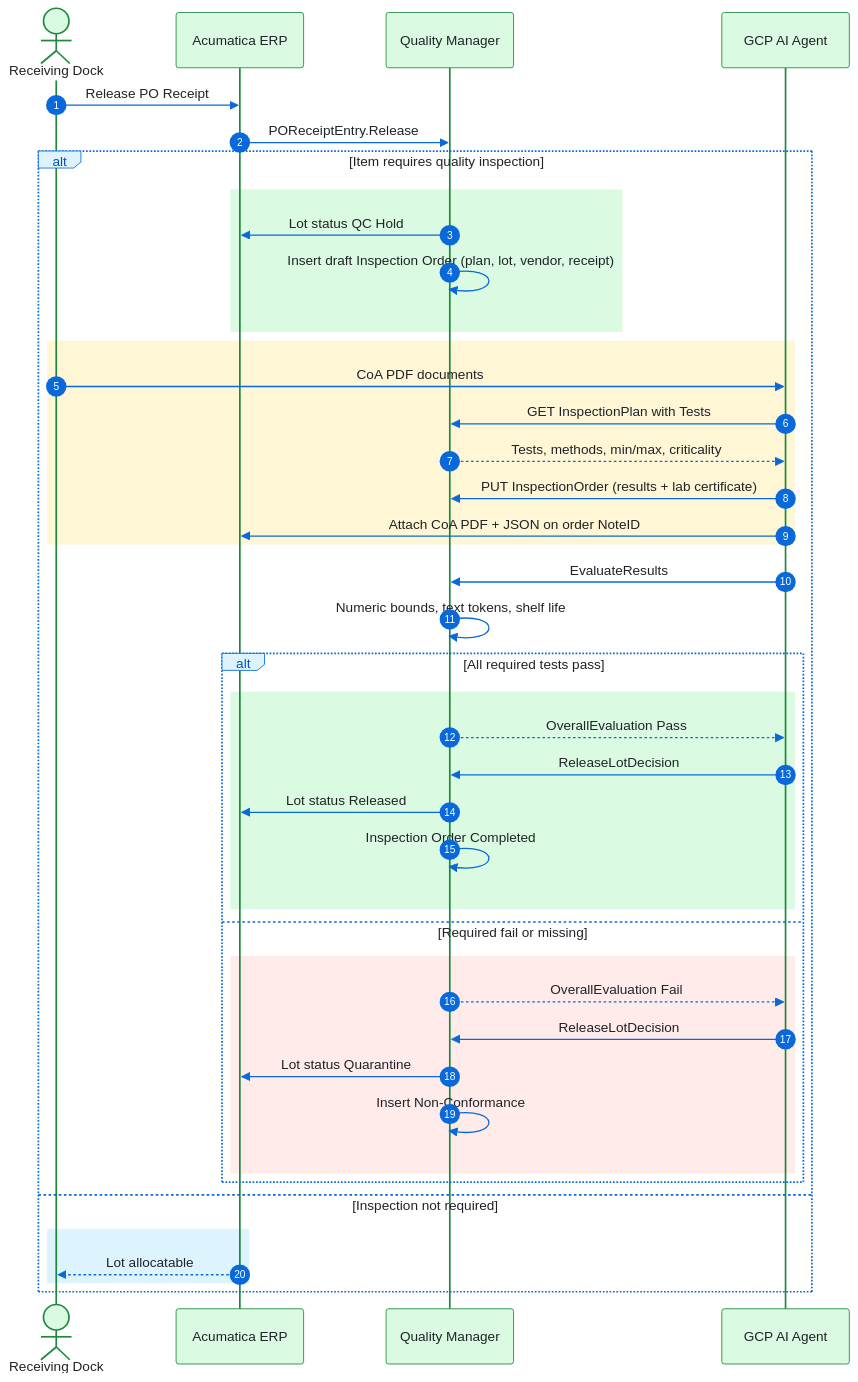
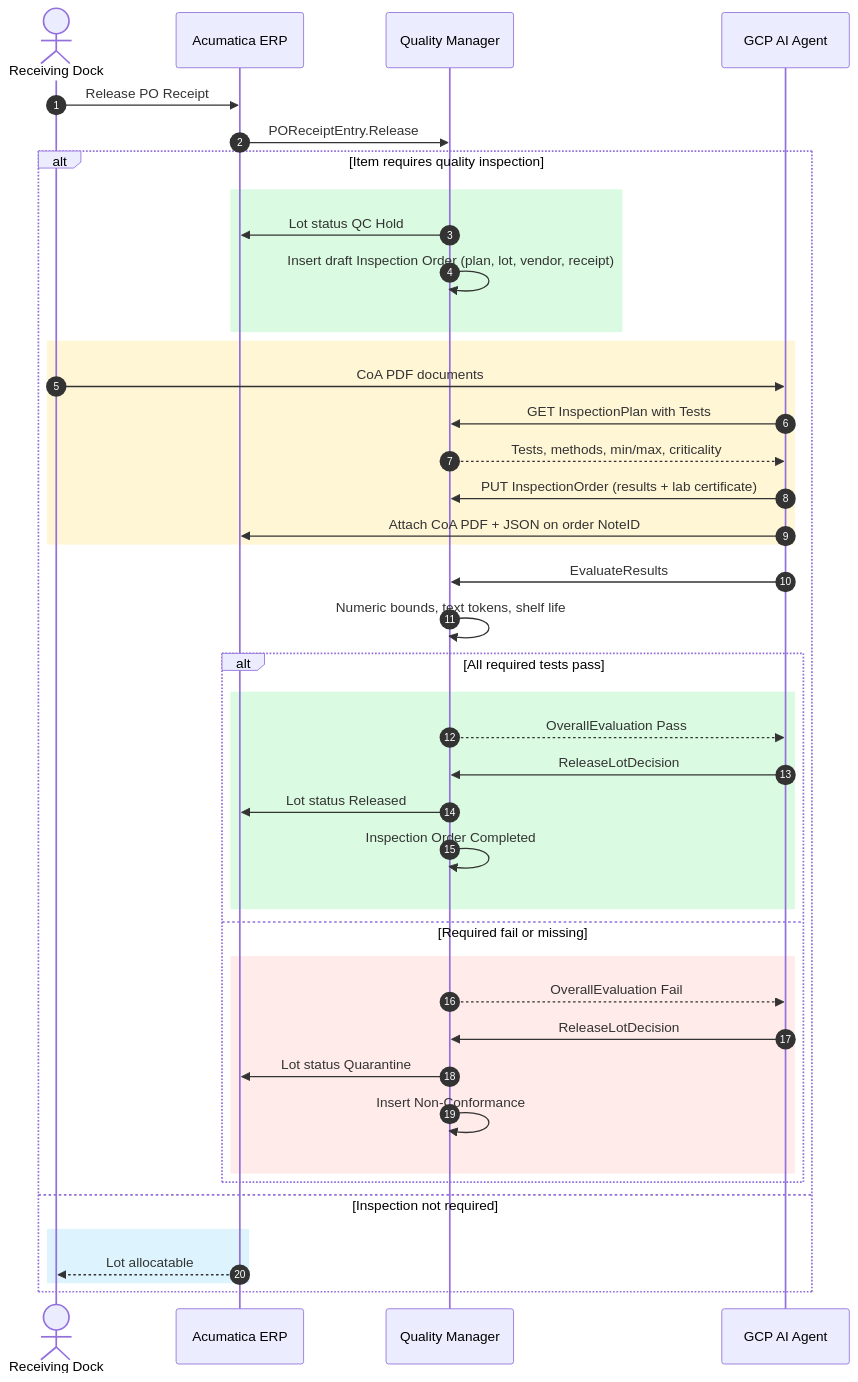
One commit to kborovik/acu-custom-qms changed the diagram in README.md. Above: the diagram before and after it, drawn with Mermaid. The commit also changed 1 other file, not shown here.

Commit message:
docs: style participant boxes in README workflow diagram

````diff
--- a/README.md
+++ b/README.md
@@ -63,51 +63,51 @@
 ```mermaid
-%%{init: {'theme': 'base', 'themeVariables': {'primaryColor': '#dafbe1', 'primaryTextColor': '#1f2328', 'primaryBorderColor': '#1f883d', 'secondaryColor': '#ddf4ff', 'tertiaryColor': '#fff6d6', 'lineColor': '#0969da', 'actorBkg': '#dafbe1', 'actorBorder': '#1f883d', 'actorTextColor': '#1f2328', 'signalColor': '#0969da', 'signalTextColor': '#1f2328', 'labelBoxBkgColor': '#ddf4ff', 'labelBoxBorderColor': '#0969da', 'labelTextColor': '#0550ae', 'loopTextColor': '#1f2328', 'noteBkgColor': '#f6f8fa', 'noteTextColor': '#1f2328', 'noteBorderColor': '#d1d9e0', 'activationBkgColor': '#ddf4ff', 'activationBorderColor': '#0969da', 'sequenceNumberColor': '#ffffff'}}}%%
+%%{init: {'theme': 'base', 'themeVariables': {'primaryColor': '#dafbe1', 'primaryTextColor': '#1f2328', 'primaryBorderColor': '#1f883d', 'secondaryColor': '#ddf4ff', 'tertiaryColor': '#fff6d6', 'lineColor': '#0969da', 'actorBkg': '#dafbe1', 'actorBorder': '#1f883d', 'actorTextColor': '#1f2328', 'signalColor': '#0969da', 'signalTextColor': '#1f2328', 'labelBoxBkgColor': '#ddf4ff', 'labelBoxBorderColor': '#0969da', 'labelTextColor': '#0550ae', 'loopTextColor': '#1f2328', 'noteBkgColor': '#f6f8fa', 'noteTextColor': '#1f2328', 'noteBorderColor': '#d1d9e0', 'activationBkgColor': '#ddf4ff', 'activationBorderColor': '#0969da', 'sequenceNumberColor': '#ffffff'}, 'themeCSS': 'g[data-id="ERP"] rect{fill:#ddf4ff!important;stroke:#0969da!important}g[data-id="QMS"] rect{fill:#dafbe1!important;stroke:#1f883d!important}g[data-id="Agent"] rect{fill:#ffebe9!important;stroke:#cf222e!important}'}}%%
 sequenceDiagram
     %% lab5.ca: green #1f883d, blue #0969da, yellow #f9c513, red #cf222e
     autonumber
     actor Dock as Receiving Dock
     participant ERP as Acumatica ERP
     participant QMS as Quality Manager
     participant Agent as GCP AI Agent
 
     Dock->>ERP: Release PO Receipt
     ERP->>QMS: POReceiptEntry.Release
 
     alt Item requires quality inspection
         rect rgb(218, 251, 225)
             QMS->>ERP: Lot status QC Hold
             QMS->>QMS: Insert draft Inspection Order (plan, lot, vendor, receipt)
         end
 
         rect rgb(255, 246, 214)
             Dock->>Agent: CoA PDF documents
             Agent->>QMS: GET InspectionPlan with Tests
             QMS-->>Agent: Tests, methods, min/max, criticality
             Agent->>QMS: PUT InspectionOrder (results + lab certificate)
             Agent->>ERP: Attach CoA PDF + JSON on order NoteID
         end
 
         Agent->>QMS: EvaluateResults
         QMS->>QMS: Numeric bounds, text tokens, shelf life
 
         alt All required tests pass
             rect rgb(218, 251, 225)
                 QMS-->>Agent: OverallEvaluation Pass
                 Agent->>QMS: ReleaseLotDecision
                 QMS->>ERP: Lot status Released
                 QMS->>QMS: Inspection Order Completed
             end
         else Required fail or missing
             rect rgb(255, 235, 233)
                 QMS-->>Agent: OverallEvaluation Fail
                 Agent->>QMS: ReleaseLotDecision
                 QMS->>ERP: Lot status Quarantine
                 QMS->>QMS: Insert Non-Conformance
             end
         end
     else Inspection not required
         rect rgb(221, 244, 255)
             ERP-->>Dock: Lot allocatable
         end
     end
 ```
````
